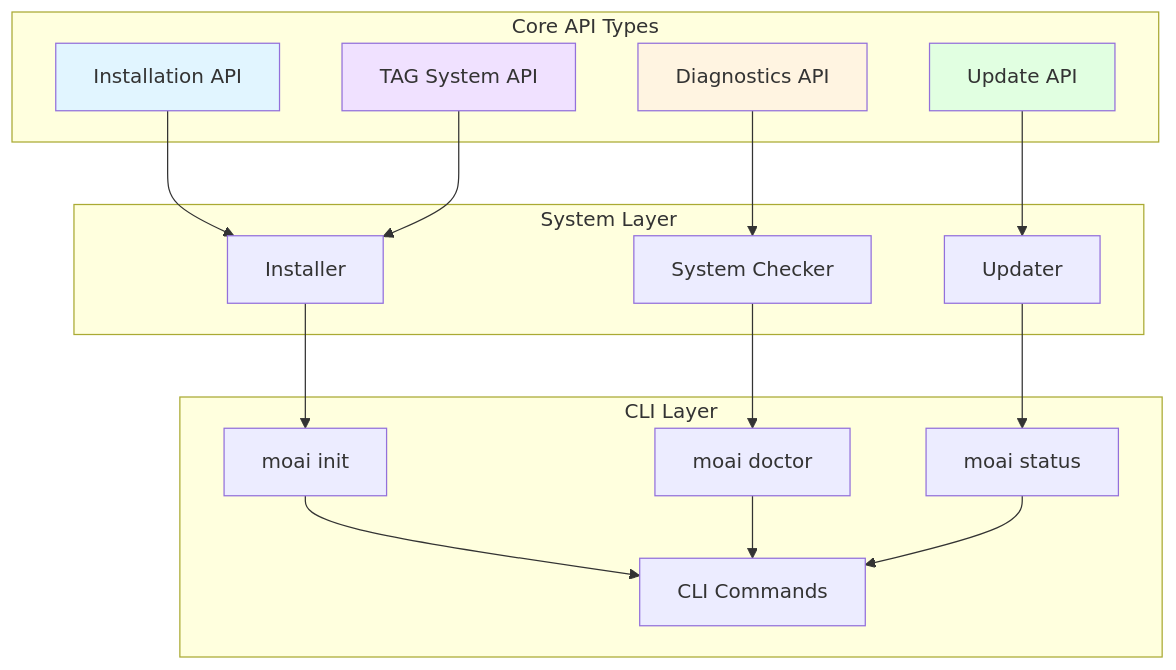
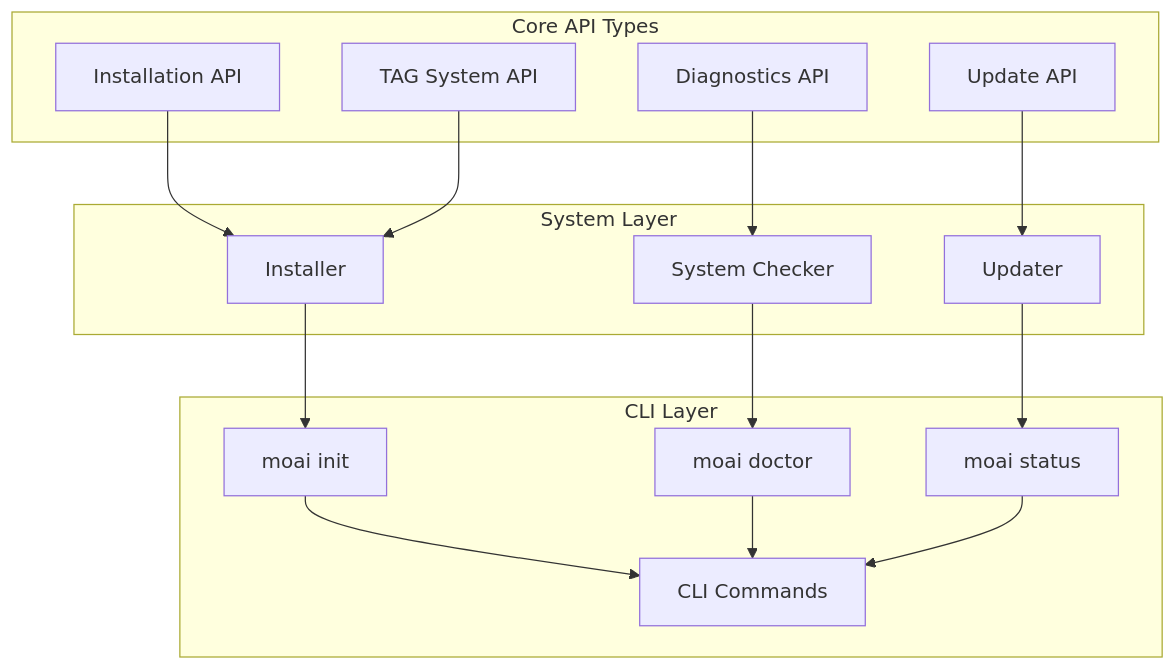
One commit to modu-ai/moai-adk changed the first of 6 diagrams in docs/reference/api-reference.md. Above: the diagram before and after it, drawn with Mermaid. The commit also changed other lines of this file and 299 other files, not shown here.

First line of the commit message:
🎨 feat: Mermaid 다크/라이트 테마 대응 + trust-checker 통합

````diff
--- a/docs/reference/api-reference.md
+++ b/docs/reference/api-reference.md
@@ -36,40 +36,36 @@
 ```mermaid
 graph TB
     subgraph "Core API Types"
         Installation[Installation API]
         Diagnostics[Diagnostics API]
         TagSystem[TAG System API]
         Update[Update API]
     end
 
     subgraph "System Layer"
         SystemChecker[System Checker]
         Installer[Installer]
         Updater[Updater]
     end
 
     subgraph "CLI Layer"
         Commands[CLI Commands]
         Doctor[moai doctor]
         Init[moai init]
         Status[moai status]
     end
 
     Installation --> Installer
     Diagnostics --> SystemChecker
     TagSystem --> Installer
     Update --> Updater
 
     Installer --> Init
     SystemChecker --> Doctor
     Updater --> Status
 
     Init --> Commands
     Doctor --> Commands
     Status --> Commands
 
-    style Installation fill:#e1f5ff
-    style Diagnostics fill:#fff4e1
-    style TagSystem fill:#f0e1ff
-    style Update fill:#e1ffe1
 ```
````
